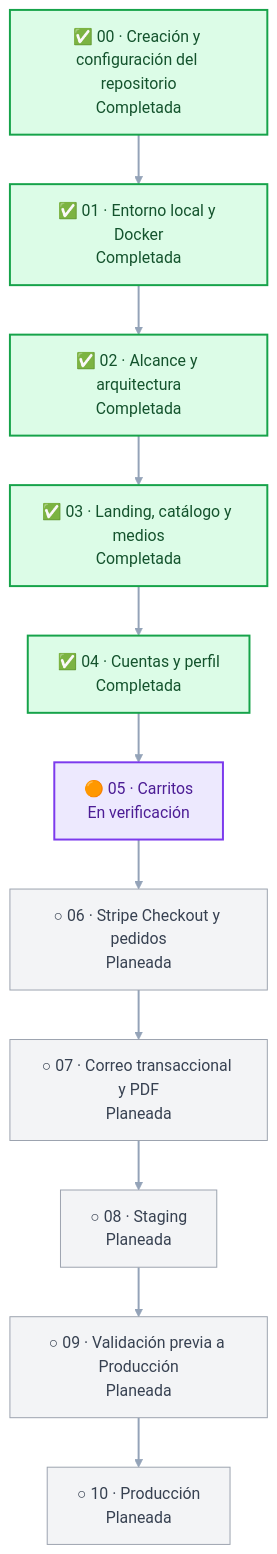
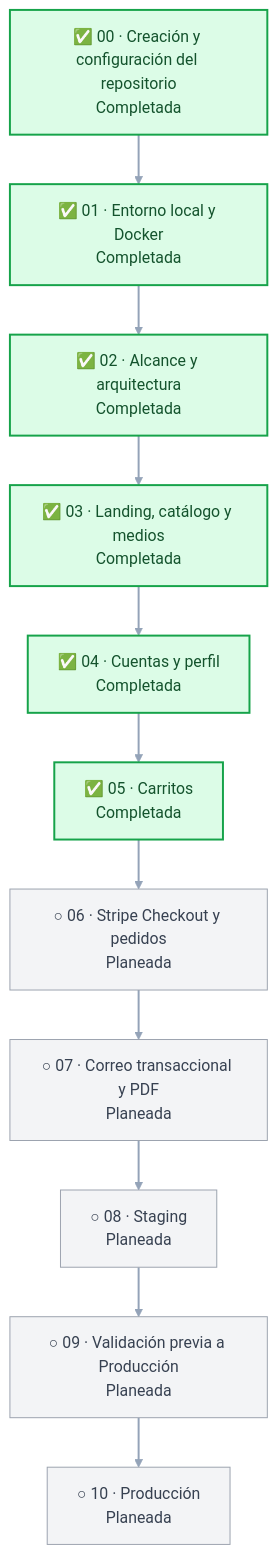
Before and after one commit to sadamlg/sr_del_mictlan: the diagram in docs/ROADMAP.md, drawn with Mermaid (neutral theme). The commit also changed other lines of this file and 1 other file, not shown here.

````diff
--- a/docs/ROADMAP.md
+++ b/docs/ROADMAP.md
@@ -23,24 +23,23 @@
 ```mermaid
 flowchart TB
     p00["✅ 00 · Creación y configuración del repositorio<br/>Completada"] --> p01
     p01["✅ 01 · Entorno local y Docker<br/>Completada"] --> p02["✅ 02 · Alcance y arquitectura<br/>Completada"]
     p02 --> p03["✅ 03 · Landing, catálogo y medios<br/>Completada"]
     p03 --> p04["✅ 04 · Cuentas y perfil<br/>Completada"]
-    p04 --> p05["🟠 05 · Carritos<br/>En verificación"]
+    p04 --> p05["✅ 05 · Carritos<br/>Completada"]
     p05 --> p06["○ 06 · Stripe Checkout y pedidos<br/>Planeada"]
     p06 --> p07["○ 07 · Correo transaccional y PDF<br/>Planeada"]
     p07 --> p08["○ 08 · Staging<br/>Planeada"]
     p08 --> p09["○ 09 · Validación previa a Producción<br/>Planeada"]
     p09 --> p10["○ 10 · Producción<br/>Planeada"]
 
     classDef completed fill:#dcfce7,stroke:#16a34a,color:#14532d,stroke-width:2px;
     classDef active fill:#fef3c7,stroke:#d97706,color:#78350f,stroke-width:2px;
     classDef restart fill:#ede9fe,stroke:#7c3aed,color:#4c1d95,stroke-width:2px;
     classDef planned fill:#f3f4f6,stroke:#9ca3af,color:#374151;
 
-    class p00,p01,p02,p03,p04 completed;
-    class p05 restart;
+    class p00,p01,p02,p03,p04,p05 completed;
     class p06,p07,p08,p09,p10 planned;
 
     linkStyle default stroke:#94a3b8,stroke-width:2px;
 ```
````
